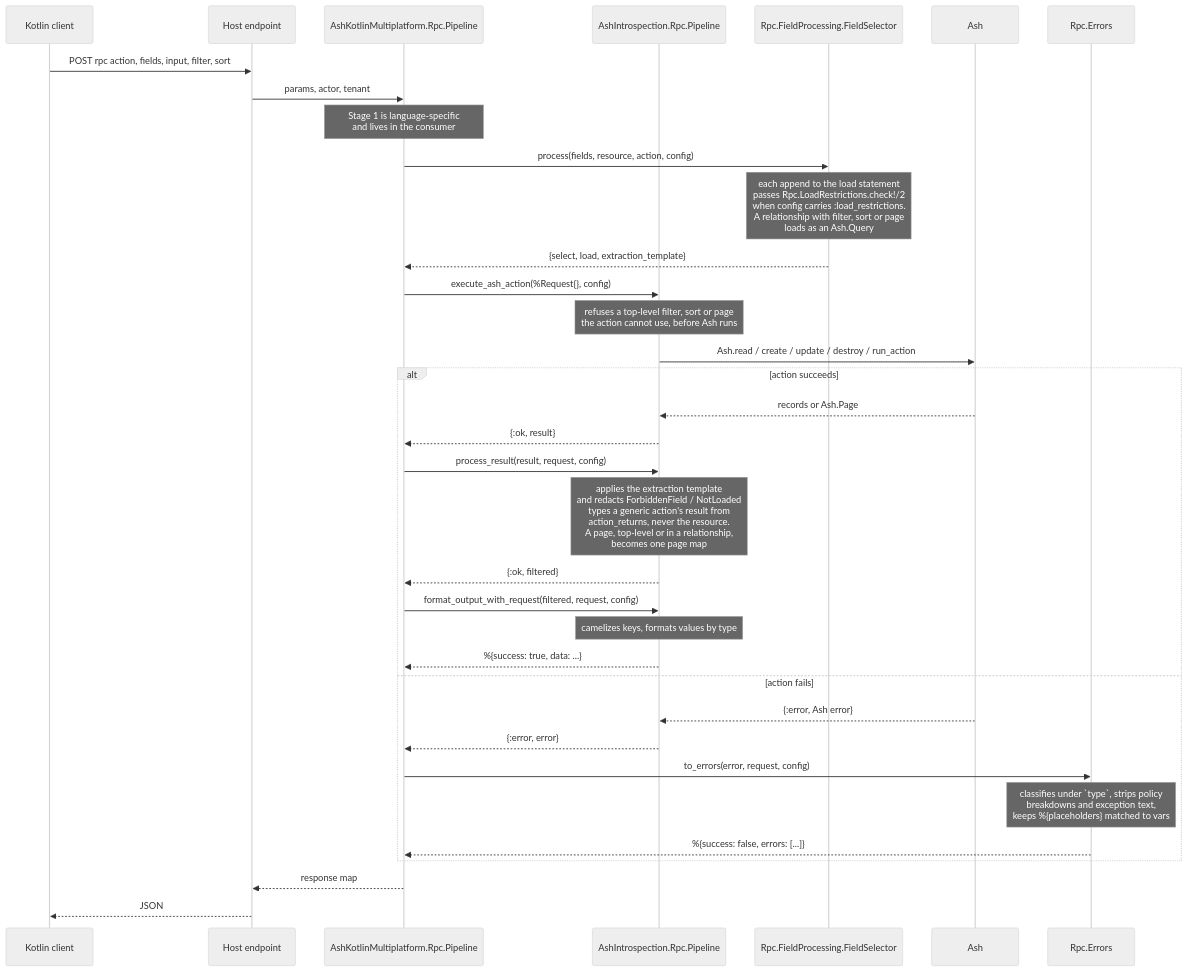
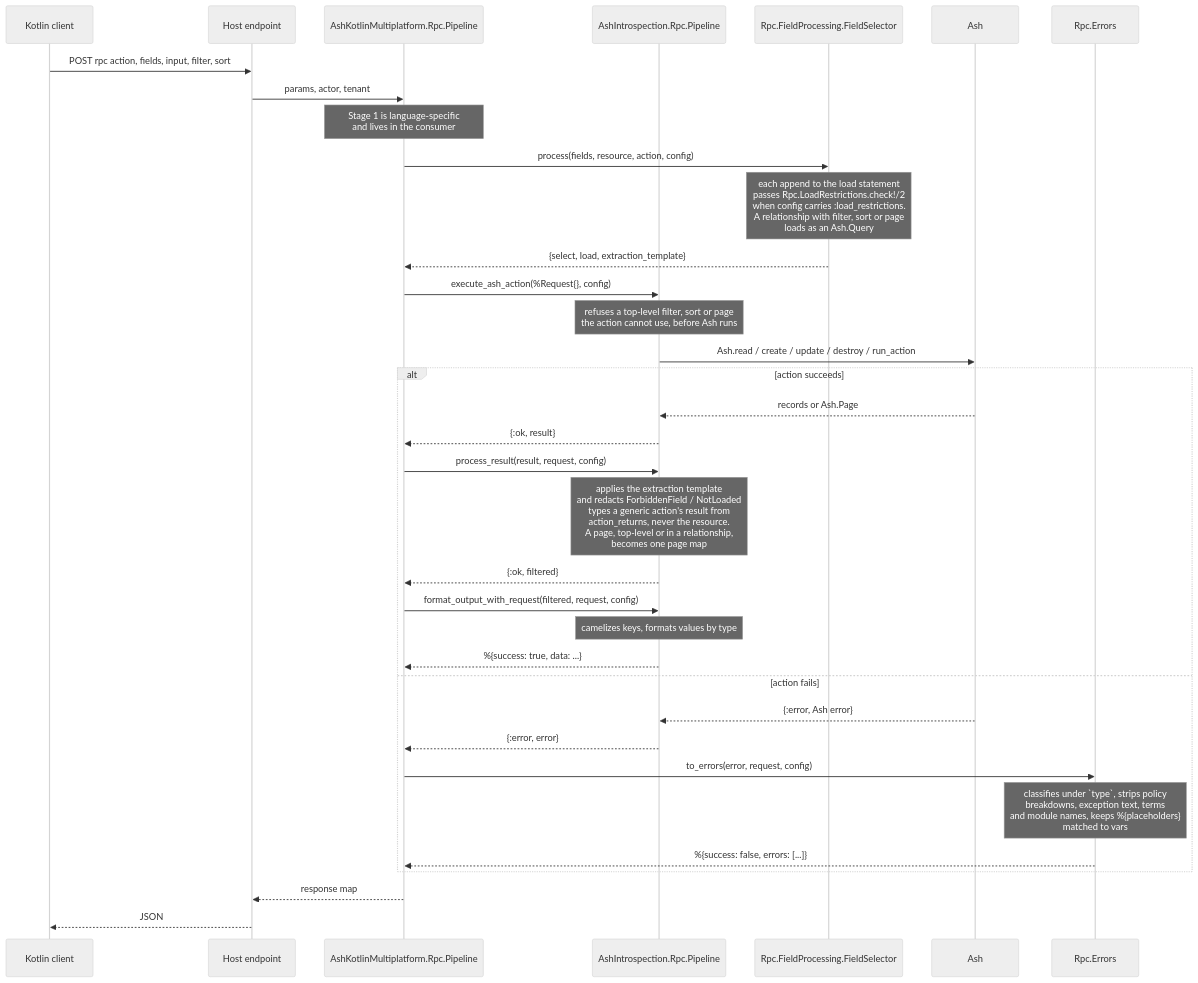
The fifth of 5 diagrams in docs/architecture.md (udin-io/ash_introspection), drawn with Mermaid (neutral theme) before and after one commit. The commit also changed other lines of this file and 14 other files, not shown here.

First line of the commit message:
Error responses leak internal terms and module names, and unknown inputs answer internal_error (#117)

````diff
--- a/docs/architecture.md
+++ b/docs/architecture.md
@@ -325,38 +325,38 @@
 ```mermaid
 sequenceDiagram
     participant C as Kotlin client
     participant P as Host endpoint
     participant K as AshKotlinMultiplatform.Rpc.Pipeline
     participant S as AshIntrospection.Rpc.Pipeline
     participant F as Rpc.FieldProcessing.FieldSelector
     participant A as Ash
     participant E as Rpc.Errors
 
     C->>P: POST rpc action, fields, input, filter, sort
     P->>K: params, actor, tenant
     Note over K: Stage 1 is language-specific<br/>and lives in the consumer
     K->>F: process(fields, resource, action, config)
     Note over F: each append to the load statement<br/>passes Rpc.LoadRestrictions.check!/2<br/>when config carries :load_restrictions.<br/>A relationship with filter, sort or page<br/>loads as an Ash.Query
     F-->>K: {select, load, extraction_template}
     K->>S: execute_ash_action(%Request{}, config)
     Note over S: refuses a top-level filter, sort or page<br/>the action cannot use, before Ash runs
     S->>A: Ash.read / create / update / destroy / run_action
     alt action succeeds
         A-->>S: records or Ash.Page
         S-->>K: {:ok, result}
         K->>S: process_result(result, request, config)
         Note over S: applies the extraction template<br/>and redacts ForbiddenField / NotLoaded<br/>types a generic action's result from<br/>action_returns, never the resource.<br/>A page, top-level or in a relationship,<br/>becomes one page map
         S-->>K: {:ok, filtered}
         K->>S: format_output_with_request(filtered, request, config)
         Note over S: camelizes keys, formats values by type
         S-->>K: %{success: true, data: ...}
     else action fails
         A-->>S: {:error, Ash error}
         S-->>K: {:error, error}
         K->>E: to_errors(error, request, config)
-        Note over E: classifies under `type`, strips policy<br/>breakdowns and exception text,<br/>keeps %{placeholders} matched to vars
+        Note over E: classifies under `type`, strips policy<br/>breakdowns, exception text, terms<br/>and module names, keeps %{placeholders}<br/>matched to vars
         E-->>K: %{success: false, errors: [...]}
     end
     K-->>P: response map
     P-->>C: JSON
 ```
````
